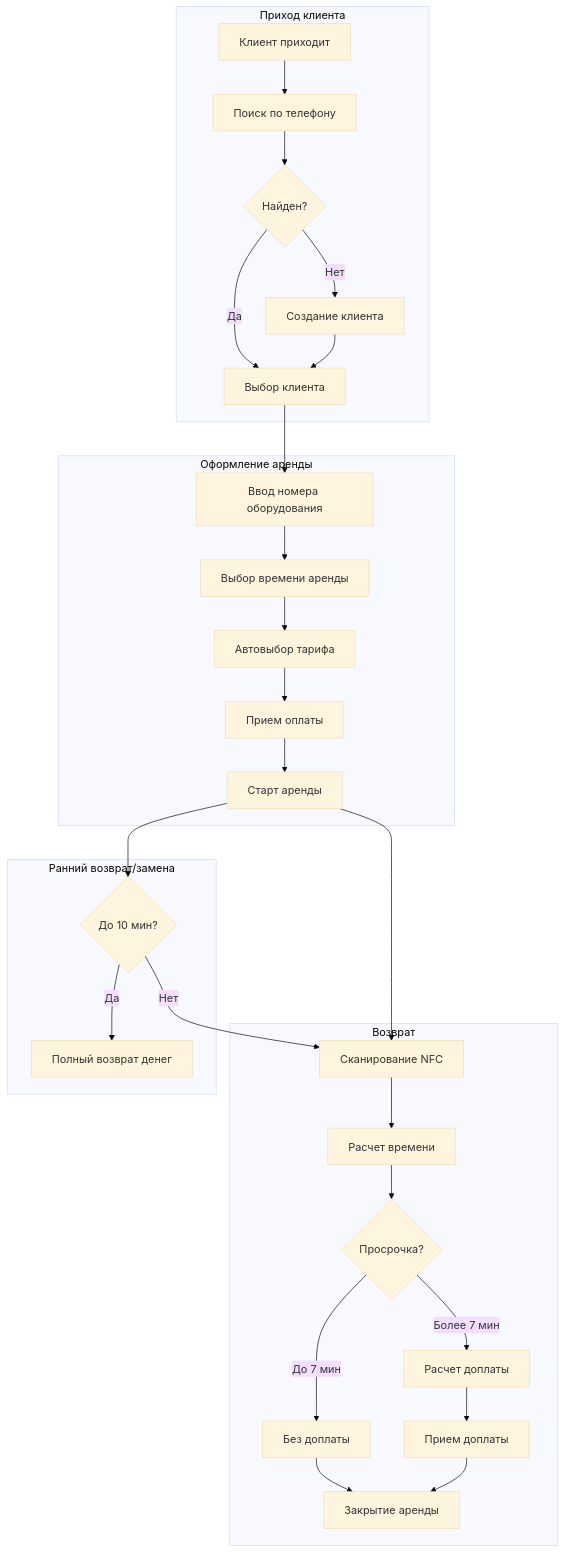
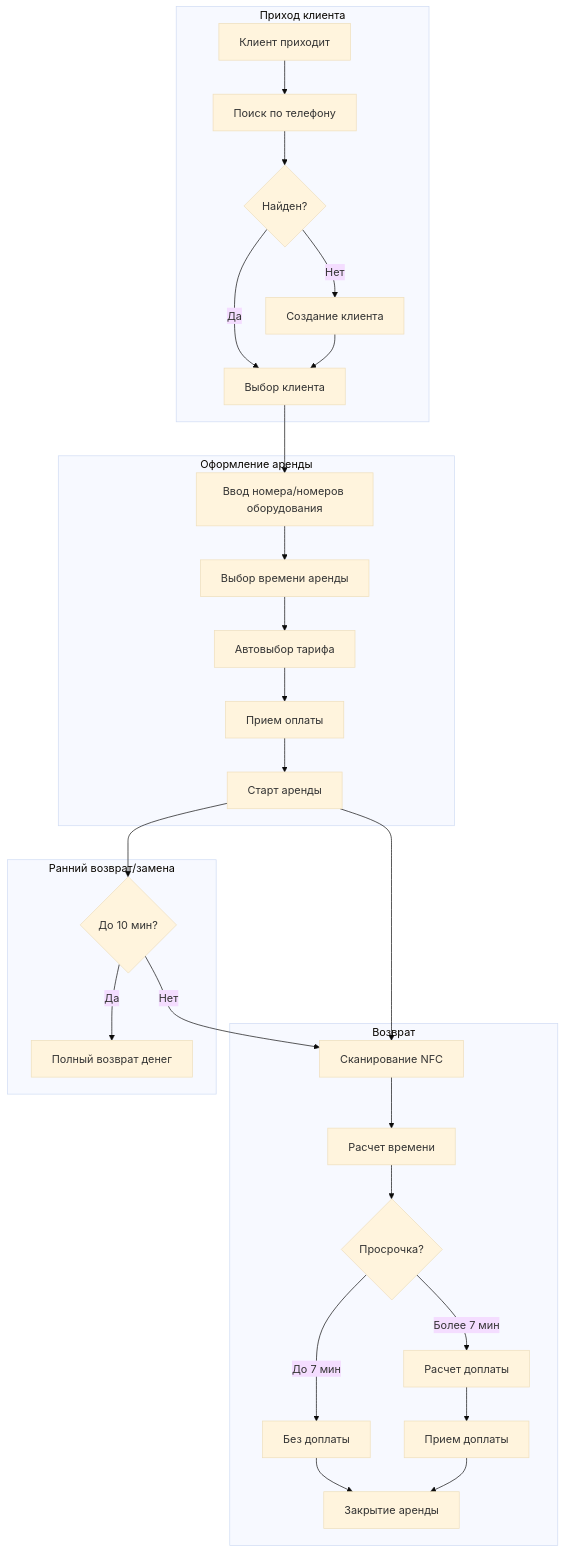
The diagram in docs/main-flow-diaram.mermaid (JenkaBY/bikerental-ui), drawn with Mermaid (base theme) before and after one commit. The commit also changed 129 other files, not shown here.

```diff
--- a/docs/main-flow-diaram.mermaid
+++ b/docs/main-flow-diaram.mermaid
@@ -1,33 +1,33 @@
 flowchart TD
     subgraph CustomerArrival [Приход клиента]
         A[Клиент приходит] --> B[Поиск по телефону]
         B --> C{Найден?}
         C -->|Да| D[Выбор клиента]
         C -->|Нет| E[Создание клиента]
         E --> D
     end
 
     subgraph RentalProcess [Оформление аренды]
-        D --> F[Ввод номера оборудования]
+      D --> F[Ввод номера/номеров оборудования]
         F --> T[Выбор времени аренды]
         T --> G[Автовыбор тарифа]
         G --> H[Прием оплаты]
         H --> I[Старт аренды]
     end
 
     subgraph ReturnProcess [Возврат]
         I --> J[Сканирование NFC]
         J --> K[Расчет времени]
         K --> L{Просрочка?}
         L -->|До 7 мин| M[Без доплаты]
         L -->|Более 7 мин| N[Расчет доплаты]
         M --> O[Закрытие аренды]
         N --> P[Прием доплаты]
         P --> O
     end
 
     subgraph EarlyReturn [Ранний возврат/замена]
         I --> Q{До 10 мин?}
         Q -->|Да| R[Полный возврат денег]
         Q -->|Нет| J
     end
```
